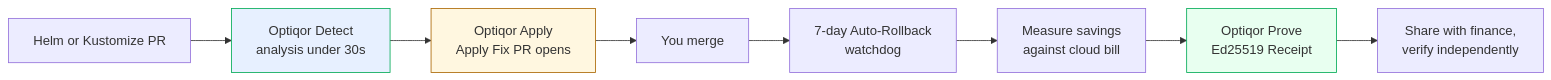
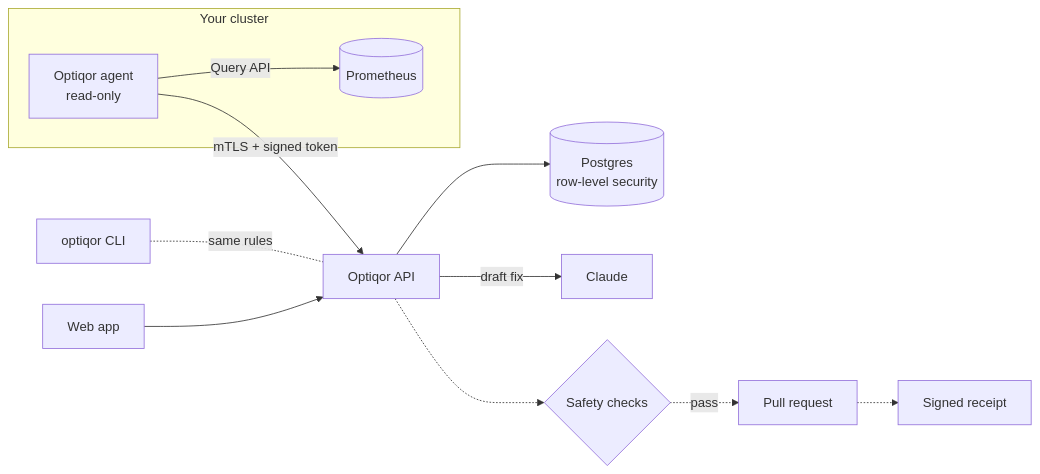
Before and after one commit to optiqor/optiqor: the diagram in README.md, drawn with Mermaid. The commit also changed other lines of this file and 11 other files, not shown here.

````diff
--- a/README.md
+++ b/README.md
@@ -491,14 +213,16 @@
 ```mermaid
 flowchart LR
-    PR[Helm or Kustomize PR] --> DETECT[Optiqor Detect<br/>analysis under 30s]
-    DETECT --> APPLY[Optiqor Apply<br/>Apply Fix PR opens]
-    APPLY --> MERGE[You merge]
-    MERGE --> WATCH[7-day Auto-Rollback<br/>watchdog]
-    WATCH --> MEASURE[Measure savings<br/>against cloud bill]
-    MEASURE --> PROVE[Optiqor Prove<br/>Ed25519 Receipt]
-    PROVE --> SHARE[Share with finance,<br/>verify independently]
-
-    style DETECT fill:#e7f0ff,stroke:#0a5
-    style APPLY fill:#fff7e0,stroke:#a60
-    style PROVE fill:#e8fff0,stroke:#0a5
+    subgraph cluster[Your cluster]
+        AG[Optiqor agent<br/>read-only]
+        PR[(Prometheus)]
+        AG -- Query API --> PR
+    end
+    CLI[optiqor CLI] -. same rules .- API
+    AG -- mTLS + signed token --> API[Optiqor API]
+    WEB[Web app] --> API
+    API --> PG[(Postgres<br/>row-level security)]
+    API -- draft fix --> LLM[Claude]
+    API -.-> GATE{Safety checks}
+    GATE -. pass .-> PRQ[Pull request]
+    PRQ -.-> REC[Signed receipt]
 ```
````
